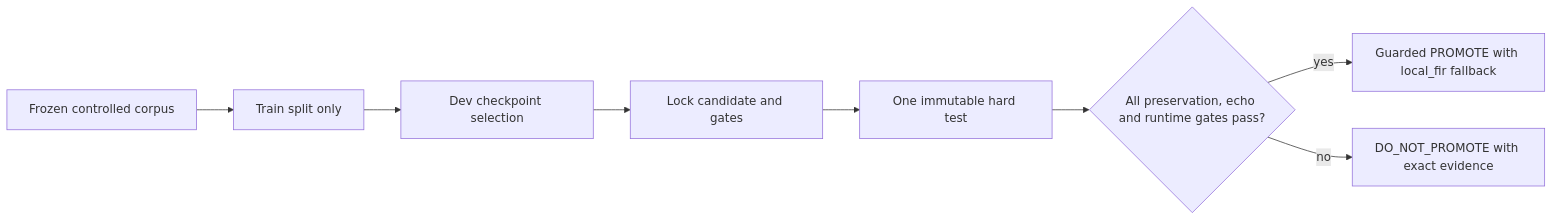
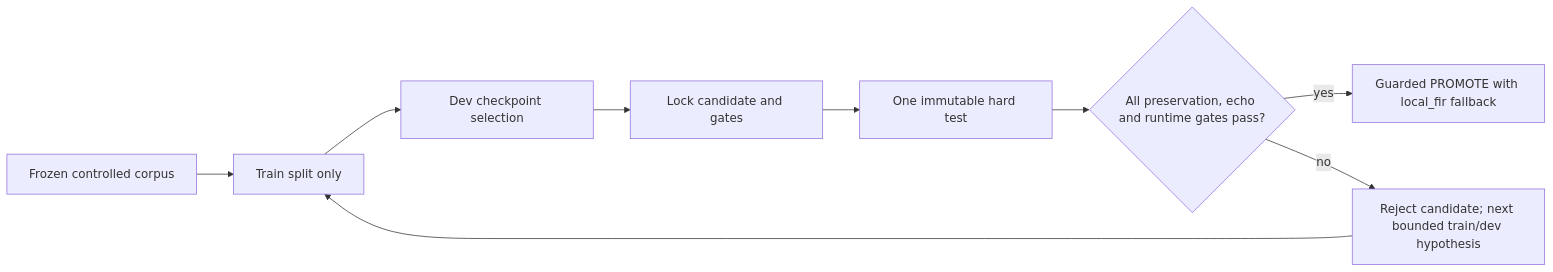
One commit to asukhodko/murmurmark changed the diagram in docs/project/current-goal.md. Above: the diagram before and after it, drawn with Mermaid. The commit also changed other lines of this file and 7 other files, not shown here.

````diff
--- a/docs/project/current-goal.md
+++ b/docs/project/current-goal.md
@@ -136,10 +157,11 @@
 ```mermaid
 flowchart LR
     A["Frozen controlled corpus"] --> B["Train split only"]
     B --> C["Dev checkpoint selection"]
     C --> D["Lock candidate and gates"]
     D --> E["One immutable hard test"]
     E --> F{"All preservation, echo and runtime gates pass?"}
     F -->|"yes"| G["Guarded PROMOTE with local_fir fallback"]
-    F -->|"no"| H["DO_NOT_PROMOTE with exact evidence"]
+    F -->|"no"| H["Reject candidate; next bounded train/dev hypothesis"]
+    H --> B
 ```
````
